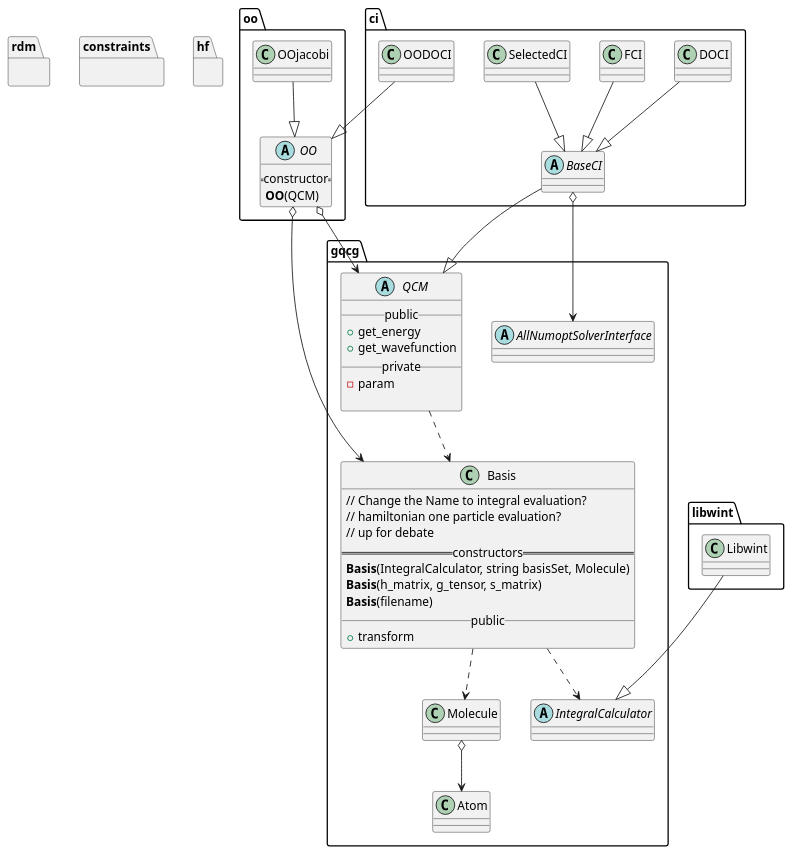
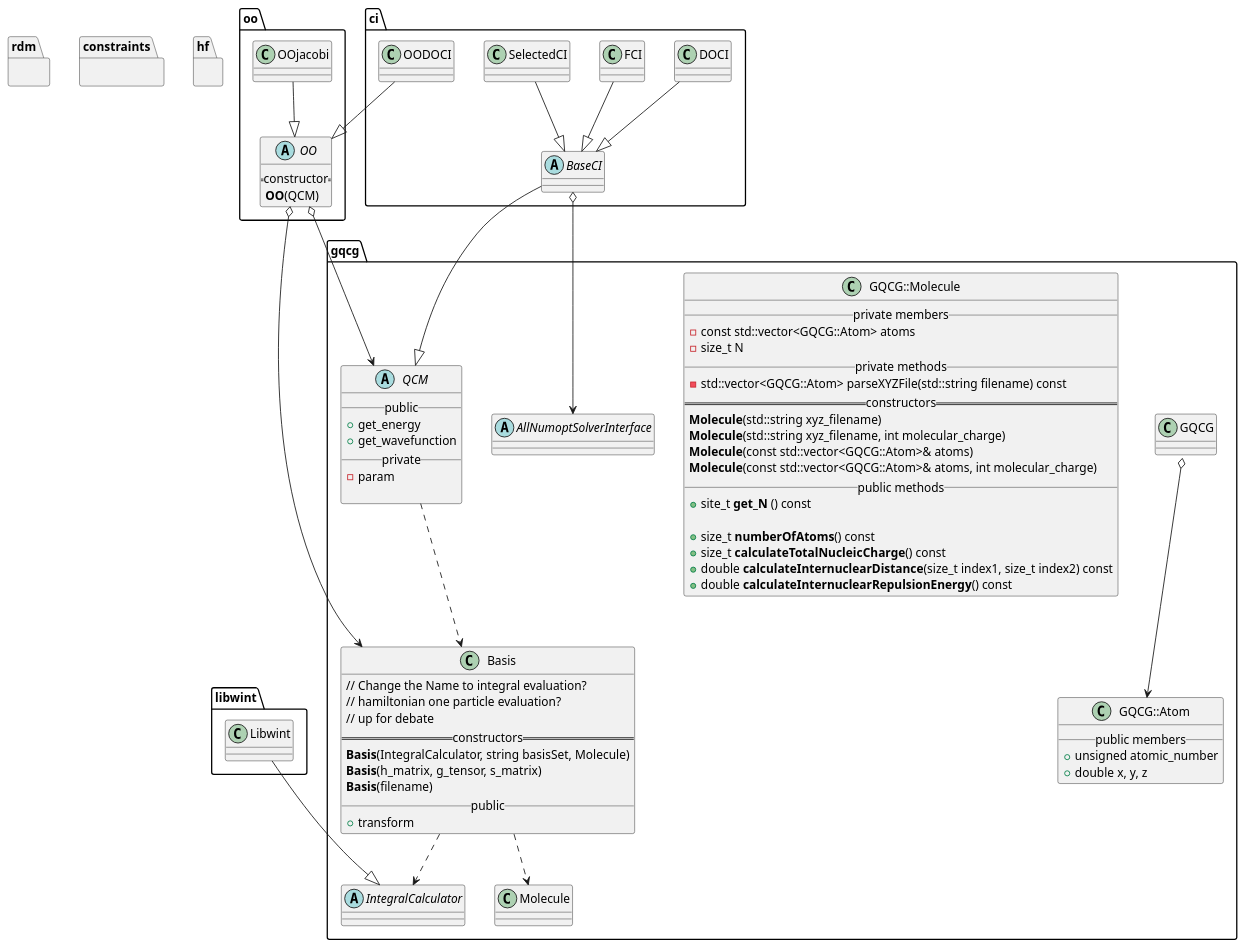
Before and after one commit to GQCG/GQCP: the diagram in docs/gqcg.puml, drawn with PlantUML. The commit also changed 22 other files, not shown here.

```diff
--- a/docs/gqcg.puml
+++ b/docs/gqcg.puml
@@ -1,85 +1,110 @@
 @startuml
 
 namespace gqcg {
 
-    class Atom
-    class Molecule
+    class GQCG::Atom {
+        __ public members __
+            + unsigned atomic_number
+            + double x, y, z
+    }
+
+    GQCG::Molecule o--> GQCG::Atom
+    class GQCG::Molecule {
+        __ private members __
+            - const std::vector<GQCG::Atom> atoms
+            - size_t N
+        __ private methods __
+            - std::vector<GQCG::Atom> parseXYZFile(std::string filename) const
+        == constructors ==
+            **Molecule**(std::string xyz_filename)
+            **Molecule**(std::string xyz_filename, int molecular_charge)
+            **Molecule**(const std::vector<GQCG::Atom>& atoms)
+            **Molecule**(const std::vector<GQCG::Atom>& atoms, int molecular_charge)
+        __ public methods __
+            + site_t **get_N** () const
+
+            + size_t **numberOfAtoms**() const
+            + size_t **calculateTotalNucleicCharge**() const
+            + double **calculateInternuclearDistance**(size_t index1, size_t index2) const
+            + double **calculateInternuclearRepulsionEnergy**() const
+    }
+
     abstract class IntegralCalculator
     class Basis {
         // Change the Name to integral evaluation?
         // hamiltonian one particle evaluation?
         // up for debate
         == constructors ==
            **Basis**(IntegralCalculator, string basisSet, Molecule)
            **Basis**(h_matrix, g_tensor, s_matrix)
            **Basis**(filename)
         __public__
            +transform
    }
 
     abstract class QCM {
         __public__
         +get_energy
         +get_wavefunction
         __private__
         -param
 
     }
 
     abstract AllNumoptSolverInterface
 
     gqcg.Basis ..> gqcg.IntegralCalculator
     gqcg.Basis ..> gqcg.Molecule
-    gqcg.Molecule o--> gqcg.Atom
+
     gqcg.QCM ..> gqcg.Basis
 
 
 
 }
 
 namespace libwint {
     class Libwint
 }
 
 libwint.Libwint --|> gqcg.IntegralCalculator
 
 namespace oo {
     abstract class OO {
         ==constructor==
          **OO**(QCM)
     }
     class OOjacobi {
 
     }
 }
 
 
 oo.OO o--> gqcg.QCM
 oo.OO o--> gqcg.Basis
 oo.OOjacobi --|> oo.OO
 
 namespace ci {
     abstract class BaseCI
     class DOCI
     class FCI
     class OODOCI
     class SelectedCI
 }
 
 ci.BaseCI --|> gqcg.QCM
 ci.OODOCI --|> oo.OO
 ci.DOCI --|> ci.BaseCI
 ci.FCI --|> ci.BaseCI
 ci.SelectedCI --|> ci.BaseCI
 ci.BaseCI o--> gqcg.AllNumoptSolverInterface
 
 namespace rdm {
 }
 namespace constraints {
 }
 
 namespace hf {
 }
 
 
 @enduml
```
